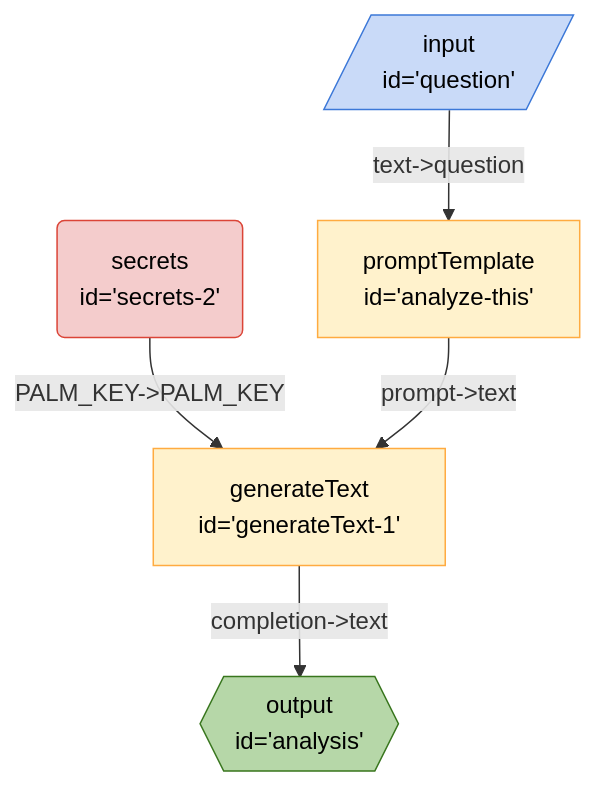
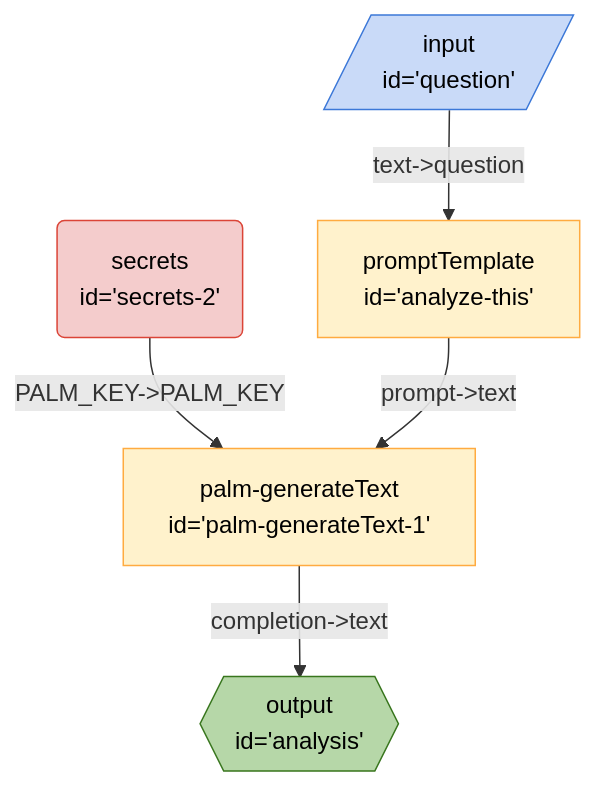
One commit to breadboard-ai/breadboard changed the diagram in seeds/graph-playground/docs/graphs/simple-prompt.md. Above: the diagram before and after it, drawn with Mermaid. The commit also changed 55 other files, not shown here.

````diff
--- a/seeds/graph-playground/docs/graphs/simple-prompt.md
+++ b/seeds/graph-playground/docs/graphs/simple-prompt.md
@@ -5,16 +5,16 @@
   ```mermaid
   %%{init: 'themeVariables': { 'fontFamily': 'Fira Code, monospace' }}%%
 graph TD;
-secrets2("secrets <br> id='secrets-2'"):::secrets -- "PALM_KEY->PALM_KEY" --> generateText1["generateText <br> id='generateText-1'"]
-generateText1["generateText <br> id='generateText-1'"] -- "completion->text" --> analysis{{"output <br> id='analysis'"}}:::output
-analyzethis["promptTemplate <br> id='analyze-this'"] -- "prompt->text" --> generateText1["generateText <br> id='generateText-1'"]
+secrets2("secrets <br> id='secrets-2'"):::secrets -- "PALM_KEY->PALM_KEY" --> palmgenerateText1["palm-generateText <br> id='palm-generateText-1'"]
+palmgenerateText1["palm-generateText <br> id='palm-generateText-1'"] -- "completion->text" --> analysis{{"output <br> id='analysis'"}}:::output
+analyzethis["promptTemplate <br> id='analyze-this'"] -- "prompt->text" --> palmgenerateText1["palm-generateText <br> id='palm-generateText-1'"]
 question[/"input <br> id='question'"/]:::input -- "text->question" --> analyzethis["promptTemplate <br> id='analyze-this'"]
 classDef default stroke:#ffab40,fill:#fff2ccff,color:#000
 classDef input stroke:#3c78d8,fill:#c9daf8ff,color:#000
 classDef output stroke:#38761d,fill:#b6d7a8ff,color:#000
 classDef passthrough stroke:#a64d79,fill:#ead1dcff,color:#000
 classDef slot stroke:#a64d79,fill:#ead1dcff,color:#000
 classDef config stroke:#a64d79,fill:#ead1dcff,color:#000
 classDef secrets stroke:#db4437,fill:#f4cccc,color:#000
 classDef slotted stroke:#a64d79
   ```
````
